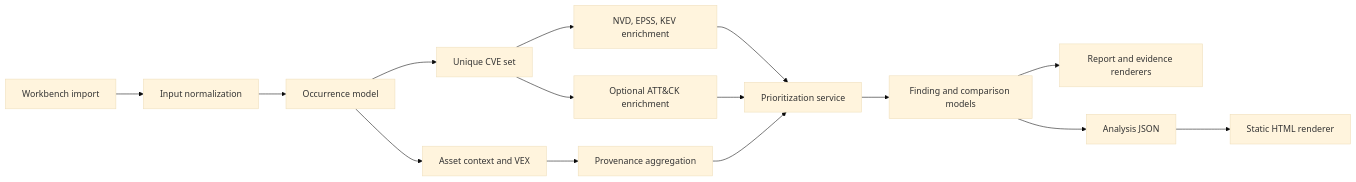
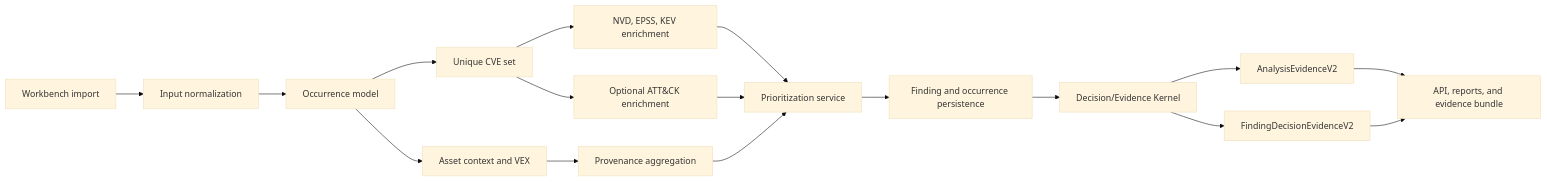
Before and after one commit to Noetheon/vuln-prioritizer-workbench: the diagram in docs/architecture/index.md, drawn with Mermaid (base theme). The commit also changed other lines of this file and 233 other files, not shown here.

First line of the commit message:
Kernel-first workflow and evidence architecture

````diff
--- a/docs/architecture/index.md
+++ b/docs/architecture/index.md
@@ -21,17 +21,19 @@
 ```mermaid
 flowchart LR
   A["Workbench import"] --> B["Input normalization"]
   B --> C["Occurrence model"]
   C --> D["Unique CVE set"]
   C --> E["Asset context and VEX"]
   D --> F["NVD, EPSS, KEV enrichment"]
   D --> G["Optional ATT&CK enrichment"]
   E --> H["Provenance aggregation"]
   F --> I["Prioritization service"]
   G --> I
   H --> I
-  I --> J["Finding and comparison models"]
-  J --> K["Report and evidence renderers"]
-  J --> L["Analysis JSON"]
-  L --> M["Static HTML renderer"]
+  I --> J["Finding and occurrence persistence"]
+  J --> K["Decision/Evidence Kernel"]
+  K --> L["AnalysisEvidenceV2"]
+  K --> M["FindingDecisionEvidenceV2"]
+  L --> N["API, reports, and evidence bundle"]
+  M --> N["API, reports, and evidence bundle"]
 ```
````
